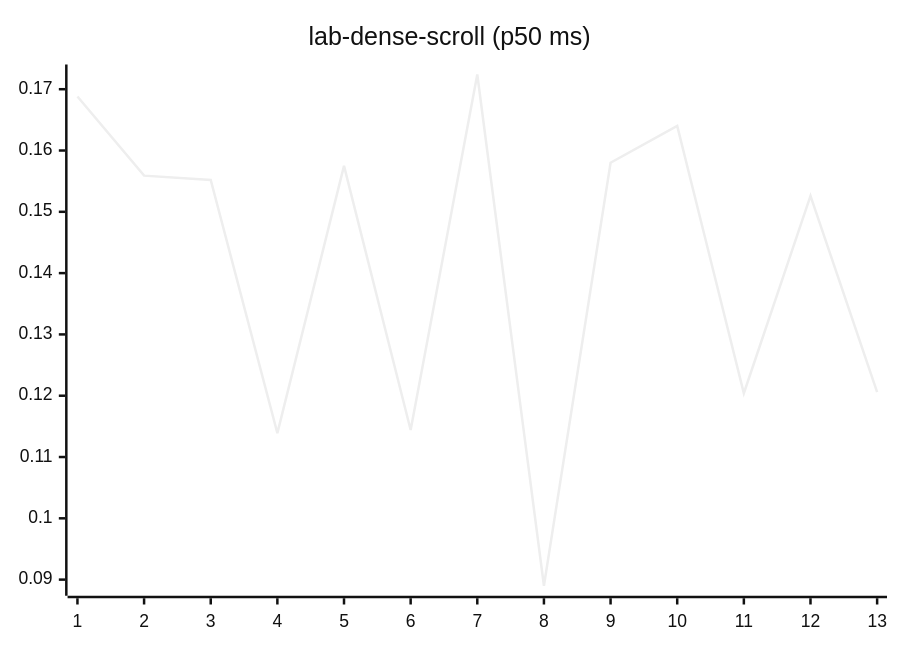
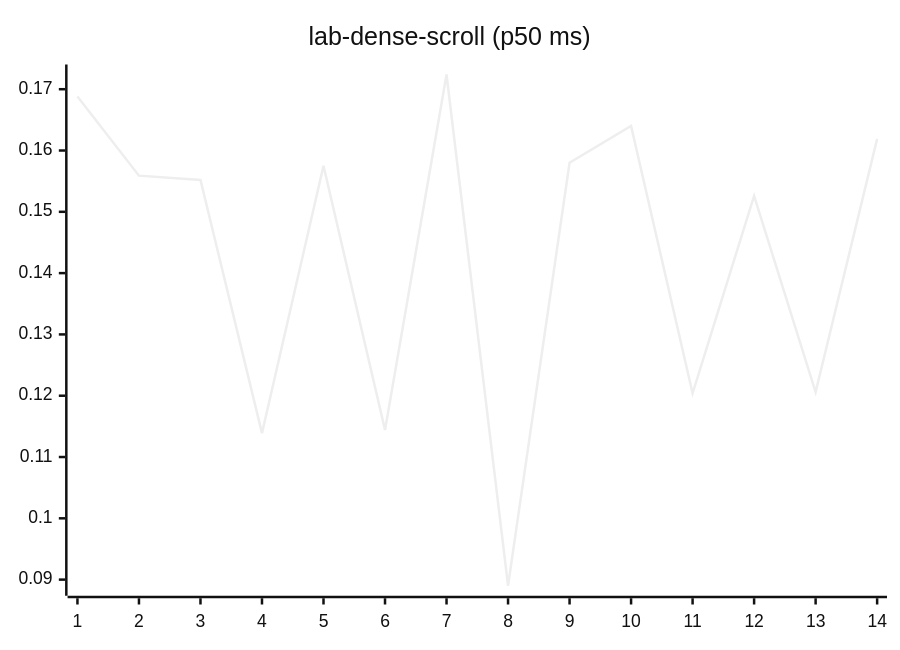
One commit to josha/Facet changed diagram 12 of 27 in README.md. Above: the diagram before and after it, drawn with Mermaid (neutral theme). The commit also changed other lines of this file and 2 other files, not shown here.

````diff
--- a/README.md
+++ b/README.md
@@ -140,6 +140,6 @@
 ```mermaid
 xychart-beta
     title "lab-dense-scroll (p50 ms)"
-    x-axis 1 --> 13
-    line [0.1688, 0.1559, 0.1552, 0.1139, 0.1575, 0.1144, 0.1724, 0.0890, 0.1580, 0.1640, 0.1204, 0.1526, 0.1206]
+    x-axis 1 --> 14
+    line [0.1688, 0.1559, 0.1552, 0.1139, 0.1575, 0.1144, 0.1724, 0.0890, 0.1580, 0.1640, 0.1204, 0.1526, 0.1206, 0.1619]
 ```
````
